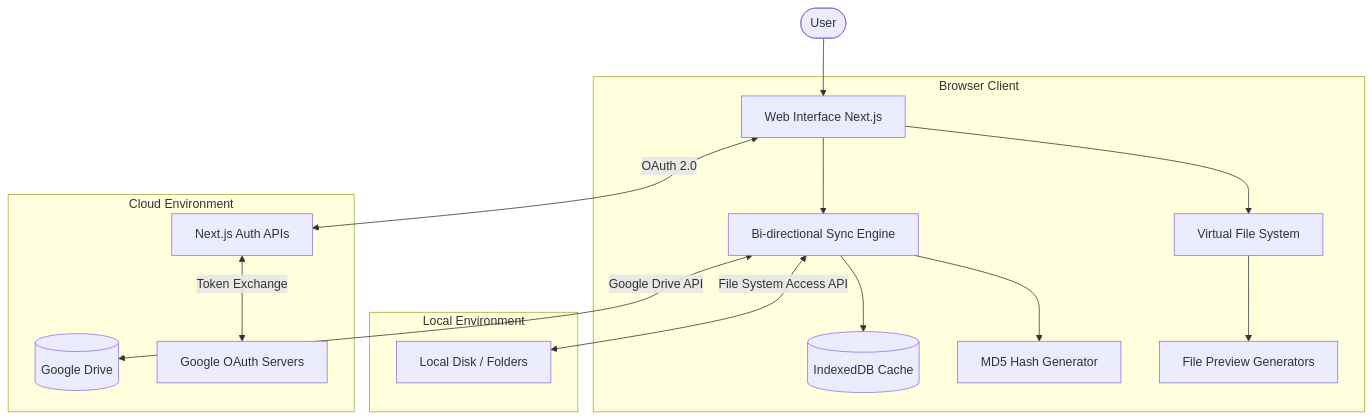
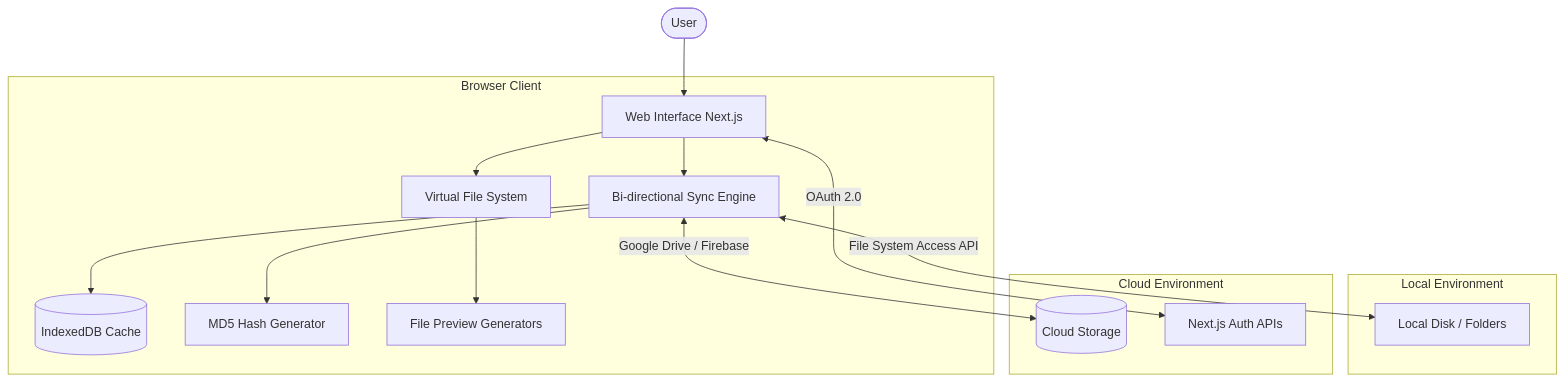
Before and after one commit to Virendra-Phirke/CloudSync: the first of 2 diagrams in README.md, drawn with Mermaid. The commit also changed other lines of this file, not shown here.

````diff
--- a/README.md
+++ b/README.md
@@ -62,22 +67,21 @@
 ```mermaid
 graph TD
     User([User]) --> UI[Web Interface Next.js]
     
     subgraph Browser Client
         UI --> SyncEngine[Bi-directional Sync Engine]
         UI --> VFS[Virtual File System]
         SyncEngine --> Cache[(IndexedDB Cache)]
         SyncEngine --> HashEngine[MD5 Hash Generator]
         VFS --> Previews[File Preview Generators]
     end
 
     subgraph Local Environment
         SyncEngine <--> |File System Access API| LocalStorage[Local Disk / Folders]
     end
 
     subgraph Cloud Environment
-        SyncEngine <--> |Google Drive API| CloudStorage[(Google Drive)]
+        SyncEngine <--> |Google Drive / Firebase| CloudStorage[(Cloud Storage)]
         UI <--> |OAuth 2.0| NextAuthAPI[Next.js Auth APIs]
-        NextAuthAPI <--> |Token Exchange| GoogleAuth[Google OAuth Servers]
     end
 ```
````
